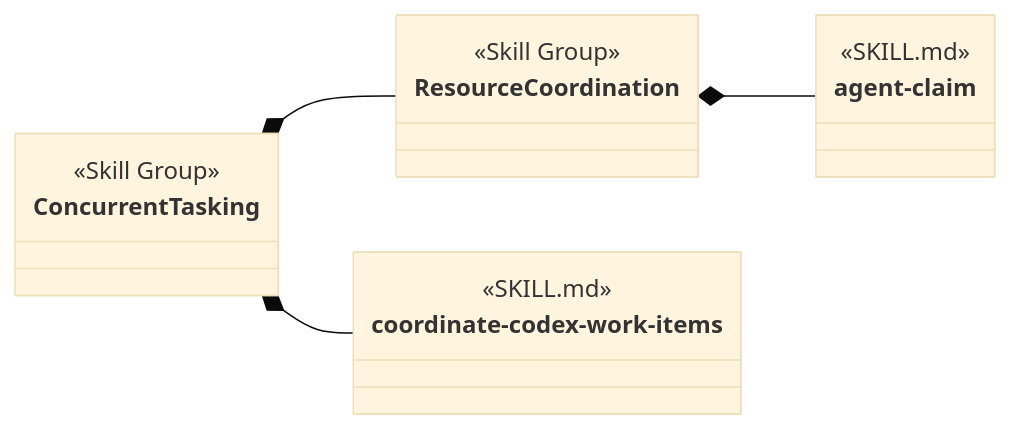
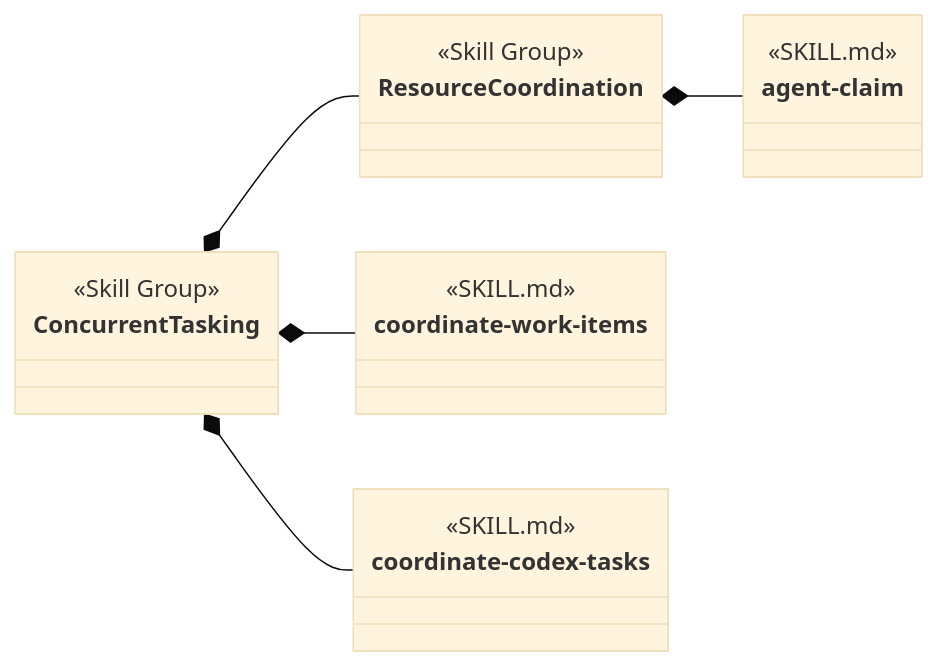
One commit to martinbechard/dev-methodology changed the tenth of 16 diagrams in design/object-oriented-agent-and-skill-model.md. Above: the diagram before and after it, drawn with Mermaid (base theme). The commit also changed other lines of this file and 59 other files, not shown here.

````diff
--- a/design/object-oriented-agent-and-skill-model.md
+++ b/design/object-oriented-agent-and-skill-model.md
@@ -469,24 +469,29 @@
 ```mermaid
 classDiagram
     direction LR
 
     class ConcurrentTasking {
         <<Skill Group>>
     }
 
     class ResourceCoordination {
         <<Skill Group>>
     }
 
-    class coordinate-codex-work-items {
+    class coordinate-work-items {
+        <<SKILL.md>>
+    }
+
+    class coordinate-codex-tasks {
         <<SKILL.md>>
     }
 
     class agent-claim {
         <<SKILL.md>>
     }
 
-    ConcurrentTasking *-- coordinate-codex-work-items
+    ConcurrentTasking *-- coordinate-work-items
+    ConcurrentTasking *-- coordinate-codex-tasks
     ConcurrentTasking *-- ResourceCoordination
     ResourceCoordination *-- agent-claim
 ```
````
